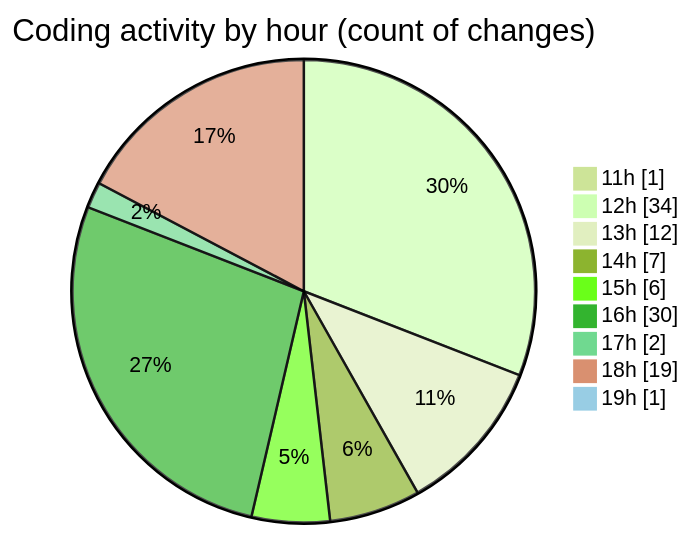
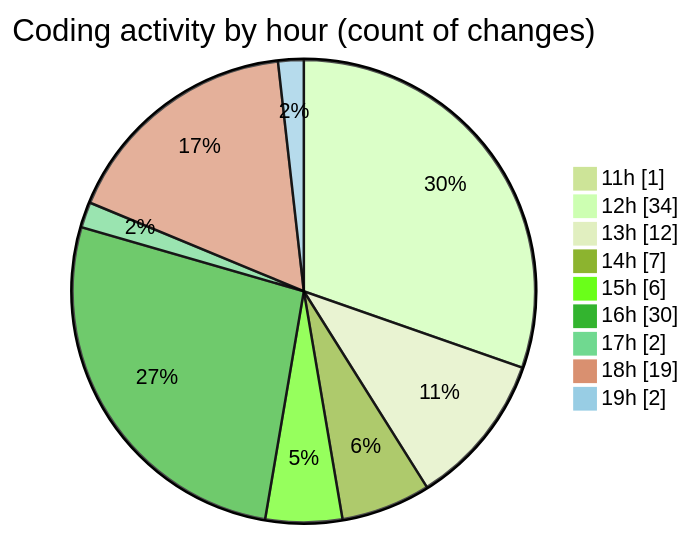
The second of 2 diagrams in 2025-07-25/nxtqube_webapp/README.md (nxtqubesakshisongat/code-tracking), drawn with Mermaid (forest theme) before and after one commit. The commit also changed other lines of this file and 1 other file, not shown here.

````diff
--- a/2025-07-25/nxtqube_webapp/README.md
+++ b/2025-07-25/nxtqube_webapp/README.md
@@ -42,13 +42,13 @@
 ```mermaid
 pie showData
 title Coding activity by hour (count of changes)
 "11h" : 1
 "12h" : 34
 "13h" : 12
 "14h" : 7
 "15h" : 6
 "16h" : 30
 "17h" : 2
 "18h" : 19
-"19h" : 1
+"19h" : 2
 ```
````
